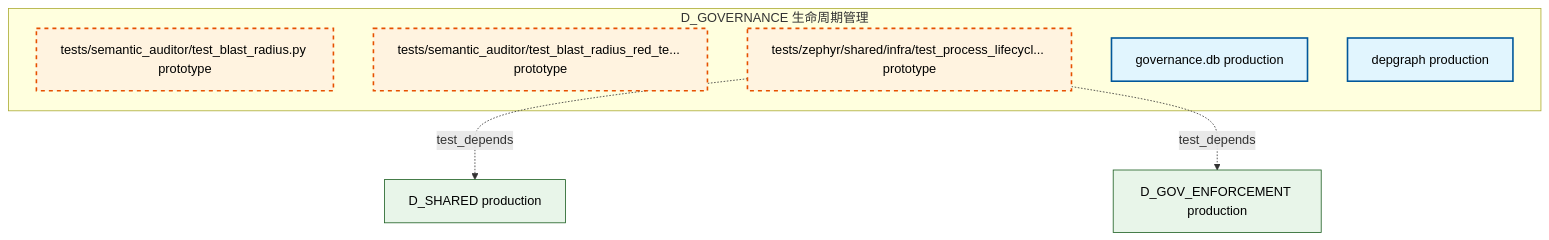
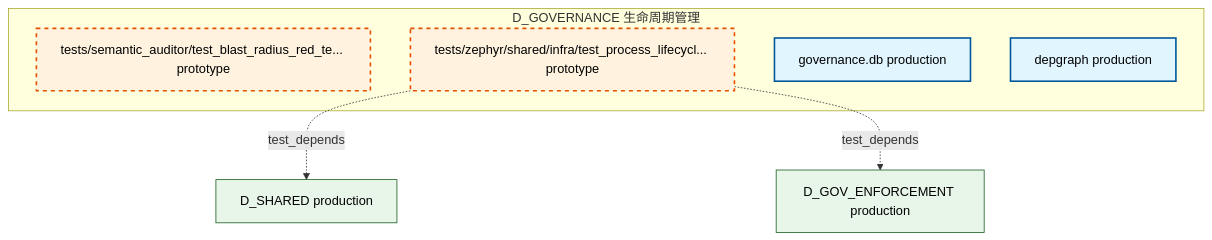
Diagram 28 of 28 in docs/02_enterprise_architecture/02_domain_architecture_docs/33_d_governance.md (xuanFelixVan/ZephyrAlpha), drawn with Mermaid before and after one commit. The commit also changed other lines of this file and 105 other files, not shown here.

````diff
--- a/docs/02_enterprise_architecture/02_domain_architecture_docs/33_d_governance.md
+++ b/docs/02_enterprise_architecture/02_domain_architecture_docs/33_d_governance.md
@@ -1861,21 +1859,20 @@
 ```mermaid
 graph TD
     subgraph D_GOVERNANCE["D_GOVERNANCE 生命周期管理"]
-        tests_semantic_auditor_test_blast_radius_py["tests/semantic_auditor/test_blast_radius.py prototype"]
         tests_semantic_auditor_test_blast_radius_red_team_py["tests/semantic_auditor/test_blast_radius_red_te... prototype"]
         tests_zephyr_shared_infra_test_process_lifecycle_gateway_py["tests/zephyr/shared/infra/test_process_lifecycl... prototype"]
         infrastructure_registry_yaml_INFRA_DB_001["governance.db production"]
         infrastructure_registry_yaml_INFRA_DB_003["depgraph production"]
     end
     D_SHARED["D_SHARED production"]
     tests_zephyr_shared_infra_test_process_lifecycle_gateway_py -.->|test_depends| D_SHARED
     D_GOV_ENFORCEMENT["D_GOV_ENFORCEMENT production"]
     tests_zephyr_shared_infra_test_process_lifecycle_gateway_py -.->|test_depends| D_GOV_ENFORCEMENT
     classDef production fill:#e1f5fe,stroke:#01579b,stroke-width:2px,color:#000
     classDef design fill:#fff3e0,stroke:#e65100,stroke-width:2px,color:#000,stroke-dasharray: 5 5
     classDef external_prod fill:#e8f5e9,stroke:#1b5e20,stroke-width:1px,color:#000
     classDef external_design fill:#fce4ec,stroke:#880e4f,stroke-width:1px,color:#000,stroke-dasharray: 5 5
     class infrastructure_registry_yaml_INFRA_DB_001,infrastructure_registry_yaml_INFRA_DB_003 production
-    class tests_semantic_auditor_test_blast_radius_py,tests_semantic_auditor_test_blast_radius_red_team_py,tests_zephyr_shared_infra_test_process_lifecycle_gateway_py design
+    class tests_semantic_auditor_test_blast_radius_red_team_py,tests_zephyr_shared_infra_test_process_lifecycle_gateway_py design
     class D_SHARED,D_GOV_ENFORCEMENT external_prod
 ```
````
